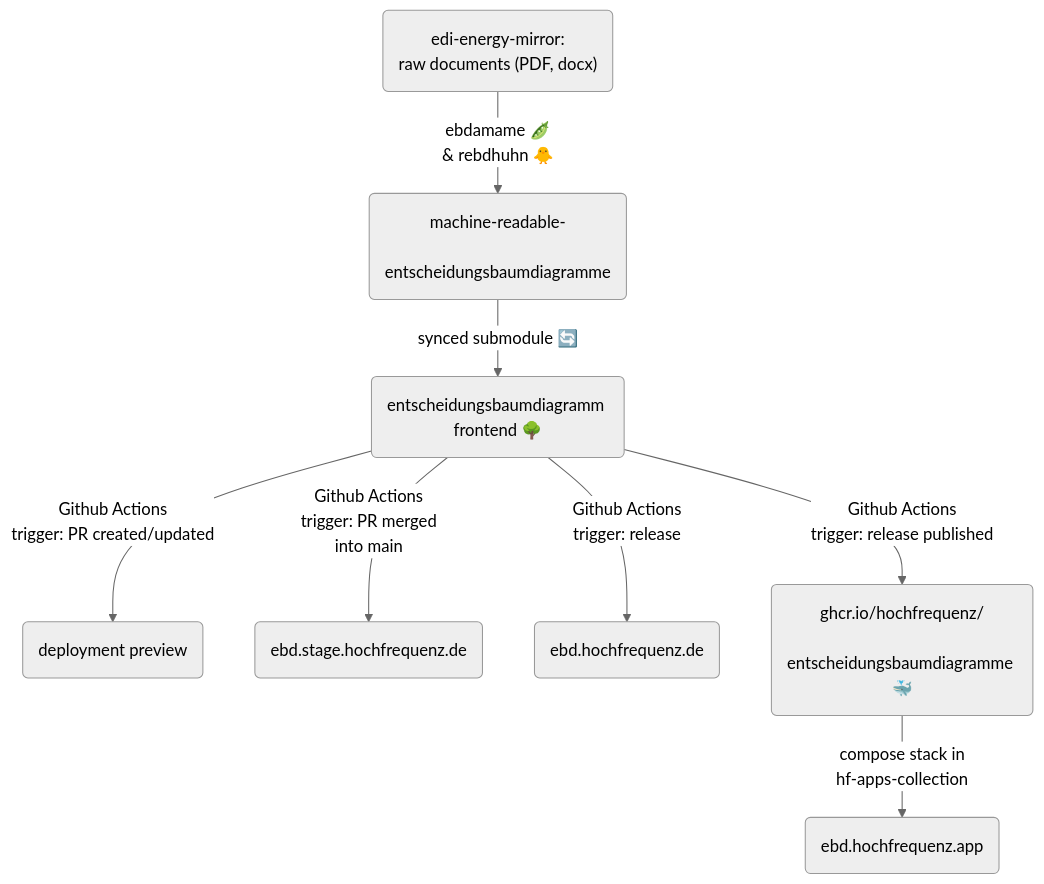
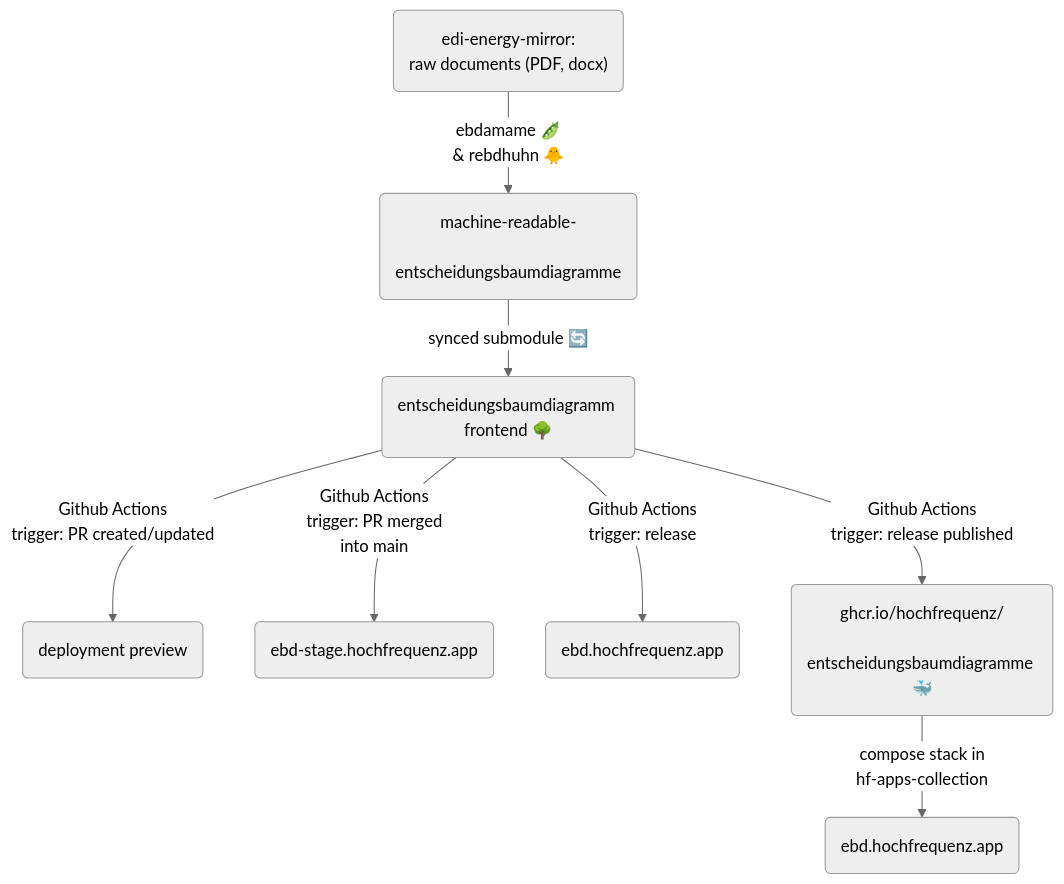
The diagram in README.md (Hochfrequenz/entscheidungsbaumdiagramme), drawn with Mermaid (neutral theme) before and after one commit. The commit also changed other lines of this file and 1 other file, not shown here.

Commit message:
chore: point links to hochfrequenz.app hostnames

````diff
--- a/README.md
+++ b/README.md
@@ -51,20 +51,20 @@
 ```mermaid
 flowchart TD
     A("edi-energy-mirror:
     raw documents (PDF, docx)") -->|ebdamame 🫛
     & rebdhuhn 🐥| B("machine-readable-
     entscheidungsbaumdiagramme")
     B -->|synced submodule 🔄| C("entscheidungsbaumdiagramm frontend 🌳")
     C -->|Github Actions
     trigger: PR created/updated| D("deployment preview")
     C -->|Github Actions
     trigger: PR merged
-    into main| E("ebd.stage.hochfrequenz.de")
+    into main| E("ebd-stage.hochfrequenz.app")
     C -->|Github Actions
-    trigger: release| F("ebd.hochfrequenz.de")
+    trigger: release| F("ebd.hochfrequenz.app")
     C -->|Github Actions
     trigger: release published| G("ghcr.io/hochfrequenz/
     entscheidungsbaumdiagramme 🐳")
     G -->|compose stack in
     hf-apps-collection| H("ebd.hochfrequenz.app")
 ```
````
